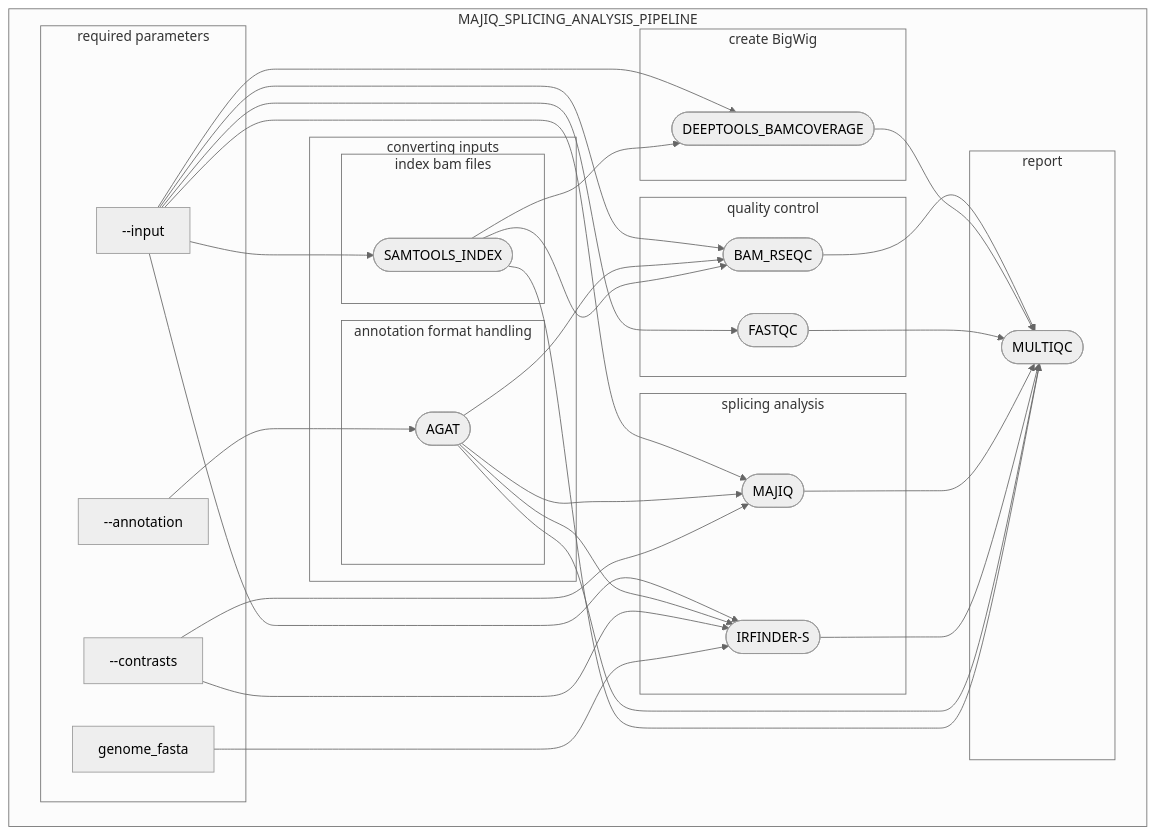
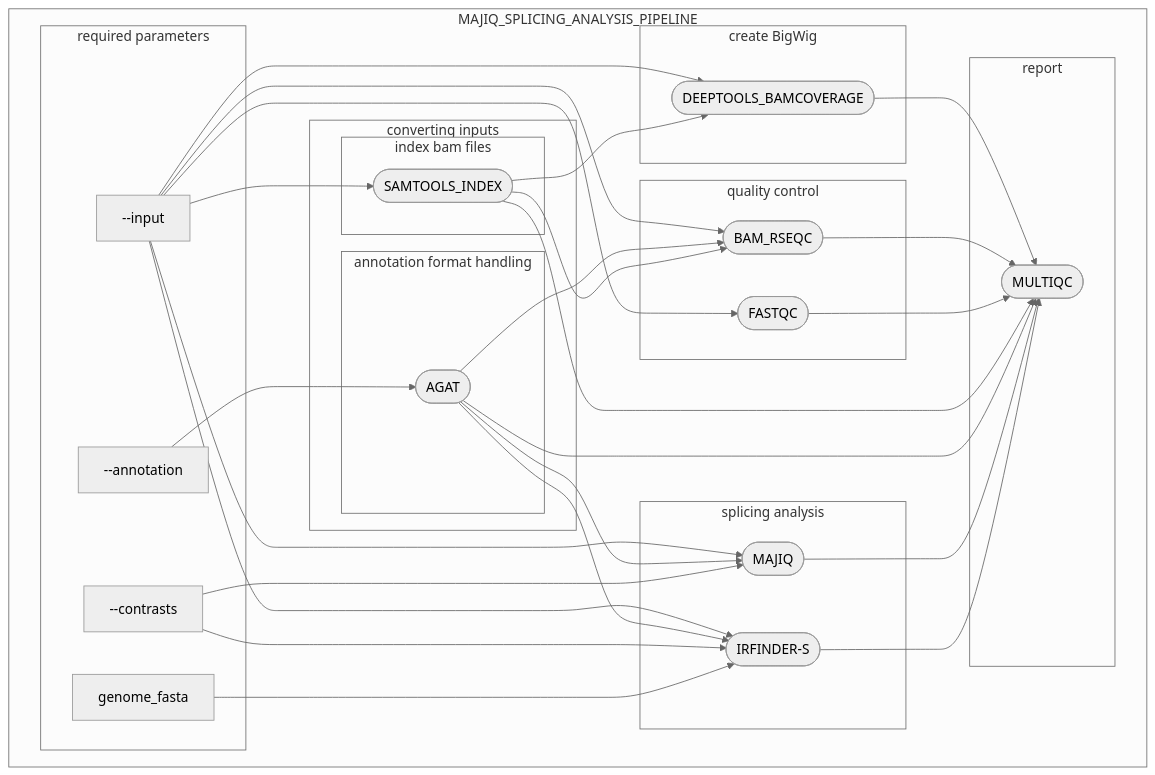
Before and after one commit to ZarnackGroup/majiq_splicing_analysis_pipeline: the diagram in README.md, drawn with Mermaid (neutral theme). The commit also changed other lines of this file, not shown here.

Commit message:
update mermaid

````diff
--- a/README.md
+++ b/README.md
@@ -17,58 +17,58 @@
 ```mermaid
 flowchart TB
   subgraph MAJIQ_SPLICING_ANALYSIS_PIPELINE
     subgraph required parameters
       v0["--input"]
       v2["--annotation"]
       v1["--contrasts"]
       v3["genome_fasta"]
       
     end
 
     subgraph s20["converting inputs"]
           subgraph s100["index bam files"]
                v15([SAMTOOLS_INDEX])
           end
           subgraph s2["annotation format handling"]
                v9([AGAT])
           end
      end
     subgraph s3["splicing analysis"]
       v25([MAJIQ])
       v26([IRFINDER-S])
     end
     subgraph s4["create BigWig"]
       v19([DEEPTOOLS_BAMCOVERAGE])
     end
     subgraph s7["quality control"]
       v32([BAM_RSEQC])
       v22([FASTQC])
     end
     subgraph report
       v63([MULTIQC])
     end
     v2 --> v9
+    v0 --> v19
     v0 --> v15
-    v0 --> v19
-    v15 --> v19
     v0 --> v22
     v0 --> v25
     v0 --> v26
     v0 --> v32
     v9 --> v25
     v9 --> v26
     v9 --> v32
     v1 --> v26
     v1 --> v25
     v3 --> v26
+    v15 --> v19
     v15 --> v32
+    v19 --> v63
     v32 --> v63
-    v19 --> v63
     v22 --> v63
+    v15 --> v63
+    v9 --> v63
     v25 --> v63
     v26 --> v63
-    v9 --> v63
-    v15 --> v63
   end
 
 ```
````
